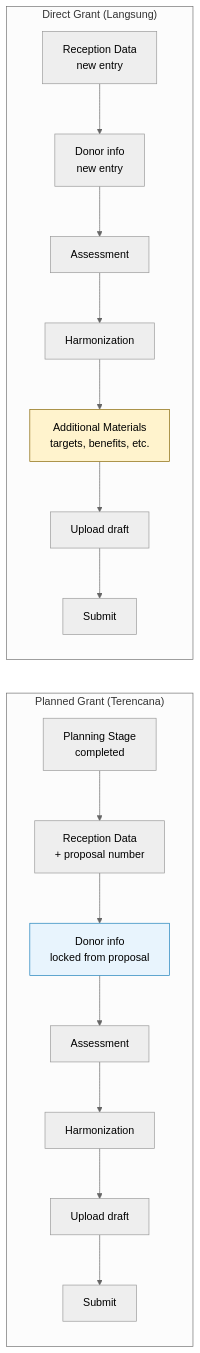
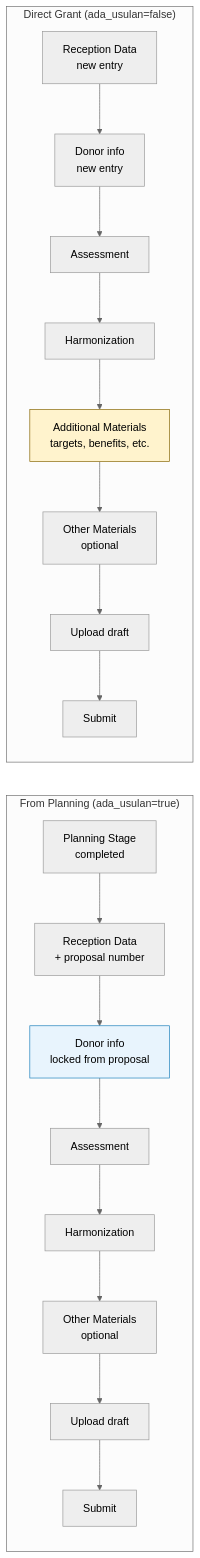
One commit to lamaccatech/e-hibah-polri changed the second of 3 diagrams in specs/journeys/grant-agreement.md. Above: the diagram before and after it, drawn with Mermaid (neutral theme). The commit also changed other lines of this file and 1 other file, not shown here.

First line of the commit message:
docs: add agreement flow feature spec and align journey

````diff
--- a/specs/journeys/grant-agreement.md
+++ b/specs/journeys/grant-agreement.md
@@ -84,25 +85,27 @@
 ```mermaid
 flowchart LR
-    subgraph Planned["Planned Grant (Terencana)"]
+    subgraph Planned["From Planning (ada_usulan=true)"]
         direction TB
         P1[Planning Stage<br/>completed] --> P2[Reception Data<br/>+ proposal number]
         P2 --> P3[Donor info<br/>locked from proposal]
         P3 --> P4[Assessment]
         P4 --> P5[Harmonization]
-        P5 --> P6[Upload draft]
-        P6 --> P7[Submit]
+        P5 --> P6[Other Materials<br/>optional]
+        P6 --> P7[Upload draft]
+        P7 --> P8[Submit]
     end
 
-    subgraph Direct["Direct Grant (Langsung)"]
+    subgraph Direct["Direct Grant (ada_usulan=false)"]
         direction TB
         D1[Reception Data<br/>new entry] --> D2[Donor info<br/>new entry]
         D2 --> D3[Assessment]
         D3 --> D4[Harmonization]
         D4 --> D5[Additional Materials<br/>targets, benefits, etc.]
-        D5 --> D6[Upload draft]
-        D6 --> D7[Submit]
+        D5 --> D6[Other Materials<br/>optional]
+        D6 --> D7[Upload draft]
+        D7 --> D8[Submit]
     end
 
     style P3 fill:#e8f4fd,stroke:#1a7fba
     style D5 fill:#fff3cd,stroke:#856404
 ```
````
